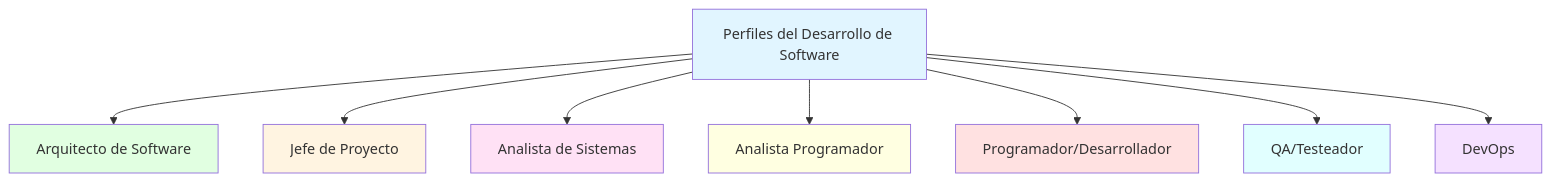
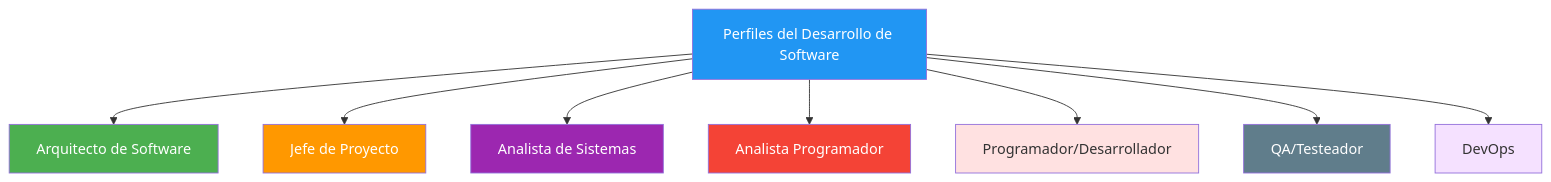
Before and after one commit to joseluisgs/EntornosDesarrollo-01-2026-2027: the diagram in 08-perfiles.md, drawn with Mermaid. The commit also changed 9 other files, not shown here.

Commit message:
[fix] Mejoras didácticas y corrección de colores Mermaid en UD01

````diff
--- a/08-perfiles.md
+++ b/08-perfiles.md
@@ -18,19 +18,19 @@
 ```mermaid
 graph TD
     A[Perfiles del Desarrollo de Software] --> B[Arquitecto de Software]
     A --> C[Jefe de Proyecto]
     A --> D[Analista de Sistemas]
     A --> E[Analista Programador]
     A --> F[Programador/Desarrollador]
     A --> G[QA/Testeador]
     A --> H[DevOps]
 
-    style A fill:#e1f5ff
-    style B fill:#e1ffe1
-    style C fill:#fff4e1
-    style D fill:#ffe1f5
-    style E fill:#ffffe1
+    style A fill:#2196F3,color:#fff
+    style B fill:#4CAF50,color:#fff
+    style C fill:#FF9800,color:#fff
+    style D fill:#9C27B0,color:#fff
+    style E fill:#f44336,color:#fff
     style F fill:#ffe1e1
-    style G fill:#e1ffff
+    style G fill:#607D8B,color:#fff
     style H fill:#f5e1ff
 ```
````
